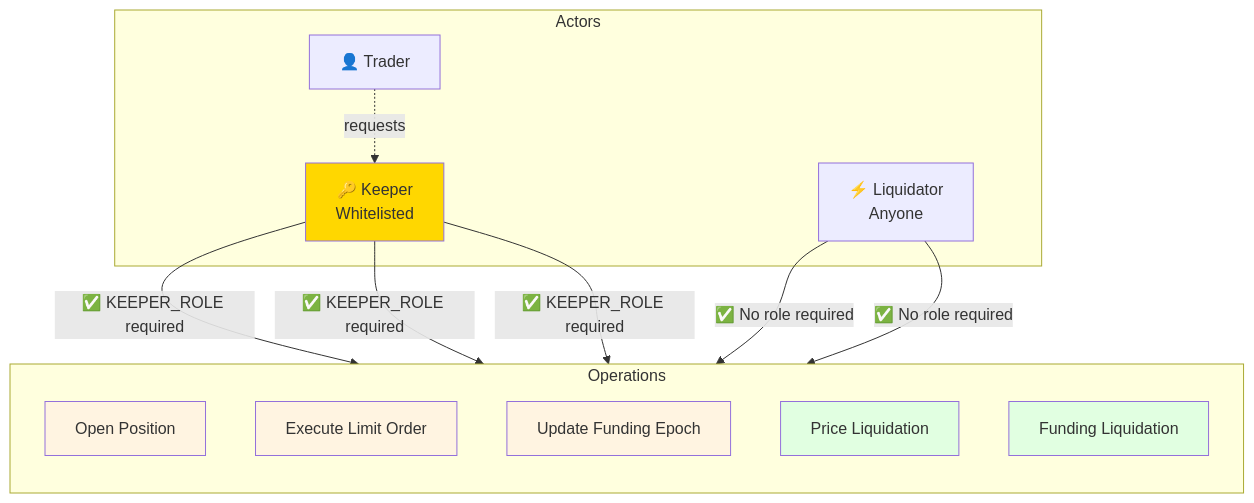
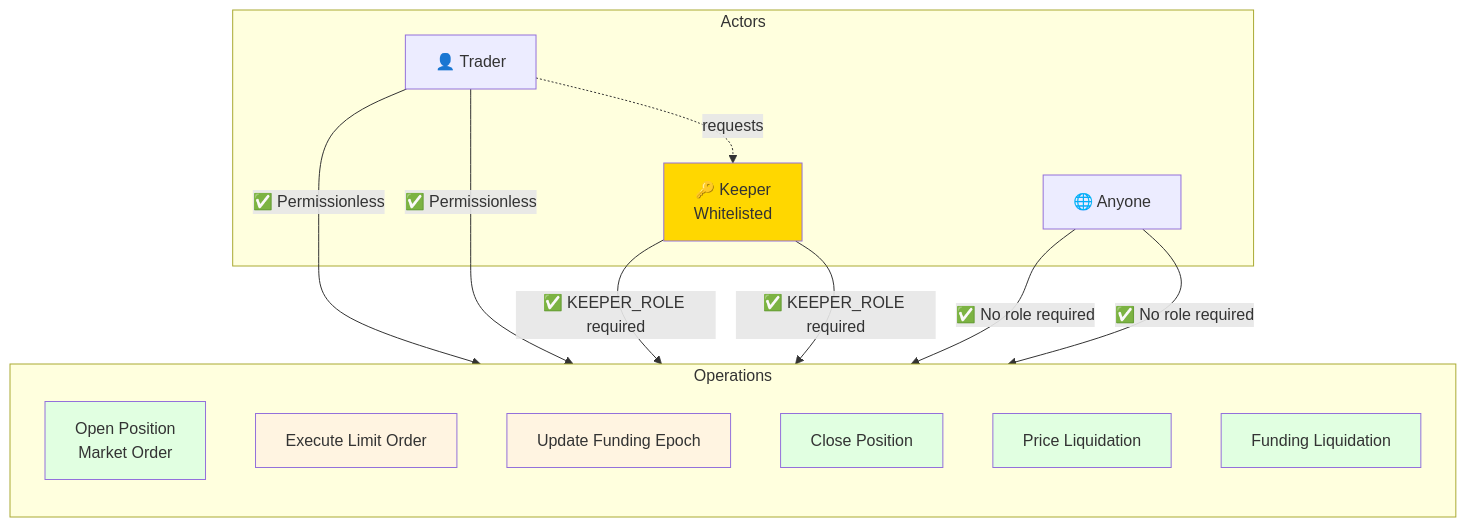
Before and after one commit to avasnap/tradestaprotocol: the first of 2 diagrams in README.md, drawn with Mermaid. The commit also changed other lines of this file, not shown here.

Commit message:
Fix hybrid permission model - keepers only for limit orders
Corrected major misunderstanding:
- Market orders (createMarketPosition, closePosition) are PERMISSIONLESS
- Keepers are ONLY required for:
  1. Executing limit orders
  2. Updating funding epochs
- Liquidations remain permissionless

Previous diagram incorrectly showed keepers mediating all position entry.
In reality, traders can open/close market positions directly.

This is a much less centralized system than I originally depicted.

🤖 Generated with [Claude Code](https://claude.com/claude-code)

````diff
--- a/README.md
+++ b/README.md
@@ -65,32 +65,36 @@
 ```mermaid
 graph TB
     subgraph Actors
         Trader[👤 Trader]
         Keeper[🔑 Keeper<br/>Whitelisted]
-        Liquidator[⚡ Liquidator<br/>Anyone]
+        Anyone[🌐 Anyone]
     end
 
     subgraph "Operations"
         direction TB
-        CreatePos[Open Position]
+        CreatePos[Open Position<br/>Market Order]
         ExecOrder[Execute Limit Order]
         UpdateFunding[Update Funding Epoch]
+        ClosePos[Close Position]
         PriceLiq[Price Liquidation]
         FundingLiq[Funding Liquidation]
     end
 
+    Trader -->|✅ Permissionless| CreatePos
+    Trader -->|✅ Permissionless| ClosePos
     Trader -.requests.-> Keeper
-    Keeper -->|✅ KEEPER_ROLE required| CreatePos
+
     Keeper -->|✅ KEEPER_ROLE required| ExecOrder
     Keeper -->|✅ KEEPER_ROLE required| UpdateFunding
 
-    Liquidator -->|✅ No role required| PriceLiq
-    Liquidator -->|✅ No role required| FundingLiq
+    Anyone -->|✅ No role required| PriceLiq
+    Anyone -->|✅ No role required| FundingLiq
 
-    style CreatePos fill:#fff4e1
+    style CreatePos fill:#e1ffe1
+    style ClosePos fill:#e1ffe1
     style ExecOrder fill:#fff4e1
     style UpdateFunding fill:#fff4e1
     style PriceLiq fill:#e1ffe1
     style FundingLiq fill:#e1ffe1
     style Keeper fill:#ffd700
 ```
````
